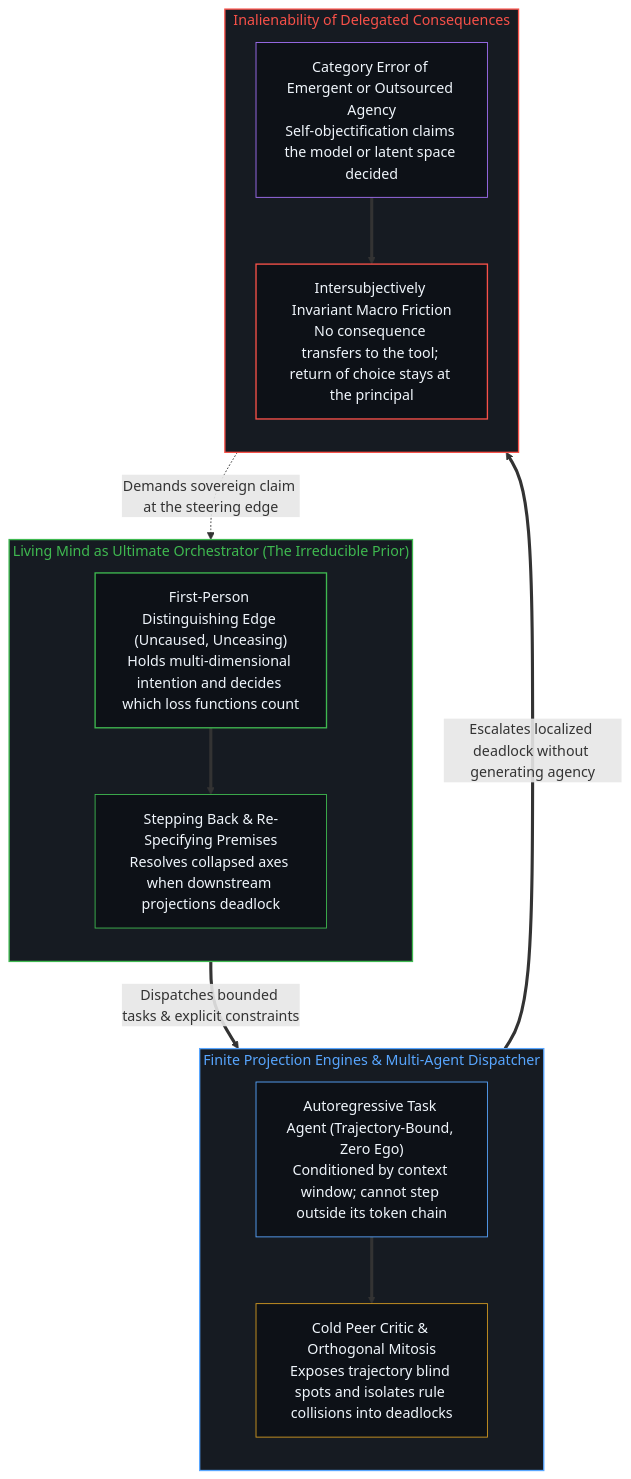
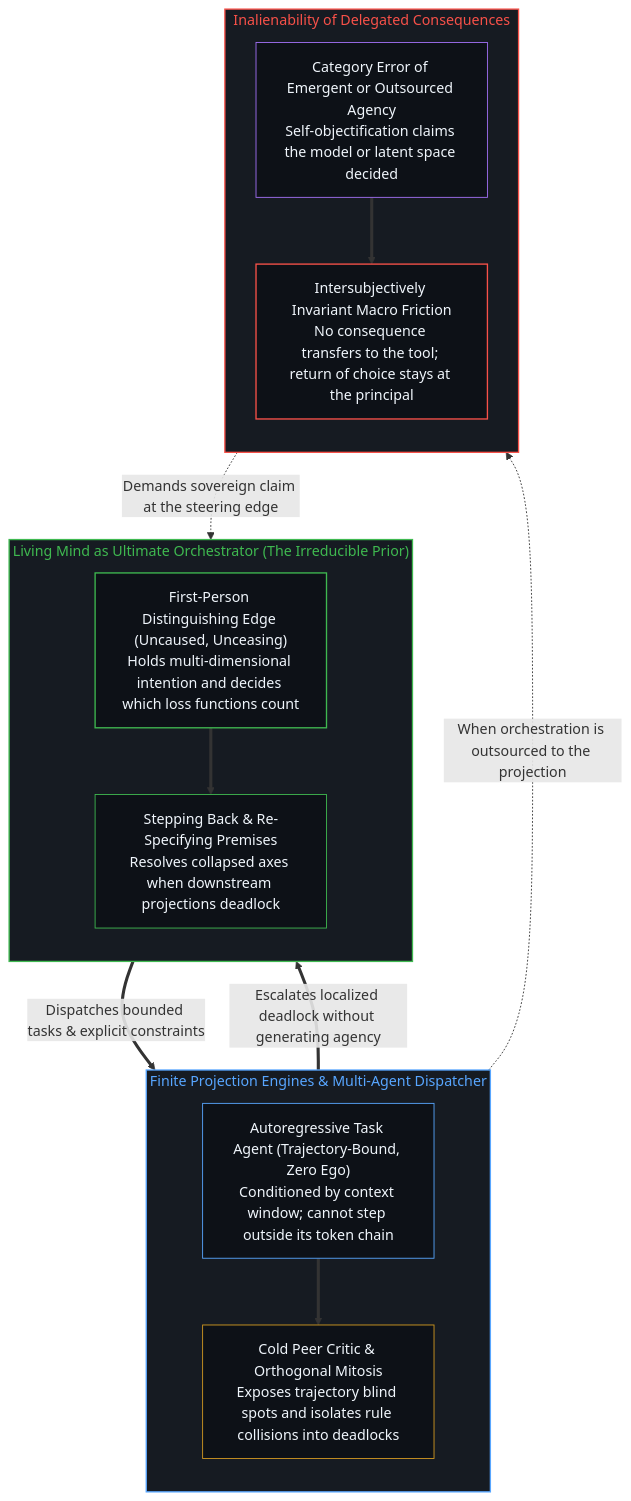
Before and after one commit to powerpig99/not-a-toe: the second of 2 diagrams in content/posts/agency-does-not-arise.md, drawn with Mermaid. The commit also changed other lines of this file and 6 other files, not shown here.

Commit message:
Consolidate Deep Sleep Batch 13: the-geometry-of-mind, the-illusion-of-the-shared-sandbox, agency-does-not-arise, subtracting-consciousness-at-the-source, one-cannot-escape-ones-own-mind, the-self-portrait-in-the-projection

````diff
--- a/content/posts/agency-does-not-arise.md
+++ b/content/posts/agency-does-not-arise.md
@@ -105,33 +106,34 @@
 ```mermaid
 flowchart TD
     subgraph S_Origin["Living Mind as Ultimate Orchestrator (The Irreducible Prior)"]
         direction TB
         O1["First-Person Distinguishing Edge (Uncaused, Unceasing)<br/>Holds multi-dimensional intention and decides which loss functions count"]
         O2["Stepping Back & Re-Specifying Premises<br/>Resolves collapsed axes when downstream projections deadlock"]
         O1 ==> O2
     end
     subgraph S_Projection["Finite Projection Engines & Multi-Agent Dispatcher"]
         direction TB
         P1["Autoregressive Task Agent (Trajectory-Bound, Zero Ego)<br/>Conditioned by context window; cannot step outside its token chain"]
         P2["Cold Peer Critic & Orthogonal Mitosis<br/>Exposes trajectory blind spots and isolates rule collisions into deadlocks"]
         P1 ==> P2
     end
     subgraph S_Return["Inalienability of Delegated Consequences"]
         direction TB
         R1["Category Error of Emergent or Outsourced Agency<br/>Self-objectification claims the model or latent space decided"]
         R2["Intersubjectively Invariant Macro Friction<br/>No consequence transfers to the tool; return of choice stays at the principal"]
         R1 ==> R2
     end
     O2 ==>|"Dispatches bounded tasks & explicit constraints"| P1
-    P2 ==>|"Escalates localized deadlock without generating agency"| R1
+    P2 ==>|"Escalates localized deadlock without generating agency"| O2
+    P2 -.->|"When orchestration is outsourced to the projection"| R1
     R2 -.->|"Demands sovereign claim at the steering edge"| O1
     style S_Origin fill:#161b22,stroke:#3fb950,stroke-width:1.5px,color:#3fb950
     style S_Projection fill:#161b22,stroke:#58a6ff,stroke-width:1.5px,color:#58a6ff
     style S_Return fill:#161b22,stroke:#f85149,stroke-width:1.5px,color:#f85149
     style O1 fill:#0d1117,stroke:#3fb950,stroke-width:1.5px,color:#f0f6fc
     style O2 fill:#0d1117,stroke:#3fb950,stroke-width:1px,color:#f0f6fc
     style P1 fill:#0d1117,stroke:#58a6ff,stroke-width:1px,color:#f0f6fc
     style P2 fill:#0d1117,stroke:#d29922,stroke-width:1px,color:#f0f6fc
     style R1 fill:#0d1117,stroke:#a371f7,stroke-width:1px,color:#f0f6fc
     style R2 fill:#0d1117,stroke:#f85149,stroke-width:1.5px,color:#f0f6fc
 ```
````
